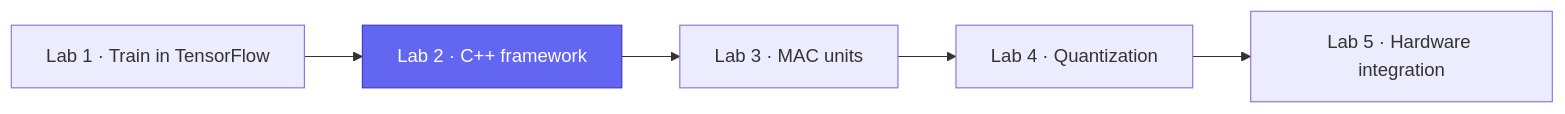
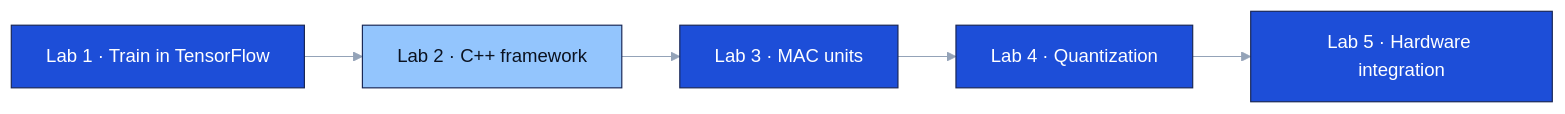
Before and after one commit to devjwk/487lab2: the diagram in README.md, drawn with Mermaid. The commit also changed other lines of this file, not shown here.

Commit message:
Add concept banner and color theme to README

````diff
--- a/README.md
+++ b/README.md
@@ -47,5 +43,6 @@
 ```mermaid
+%%{init: {"theme": "base", "themeVariables": {"primaryColor": "#1D4ED8", "primaryTextColor": "#ffffff", "primaryBorderColor": "#172554", "lineColor": "#94A3B8", "secondaryColor": "#1D4ED8", "tertiaryColor": "#172554", "clusterBkg": "#F8FAFC", "clusterBorder": "#94A3B8", "edgeLabelBackground": "#F1F5F9", "fontFamily": "ui-sans-serif, system-ui, sans-serif"}}}%%
 flowchart LR
     L1["Lab 1 · Train in TensorFlow"] --> L2["Lab 2 · C++ framework"] --> L3["Lab 3 · MAC units"] --> L4["Lab 4 · Quantization"] --> L5["Lab 5 · Hardware integration"]
-    style L2 fill:#6366F1,color:#ffffff,stroke:#4338CA
+    style L2 fill:#93C5FD,color:#0B1220,stroke:#172554
 ```
````
